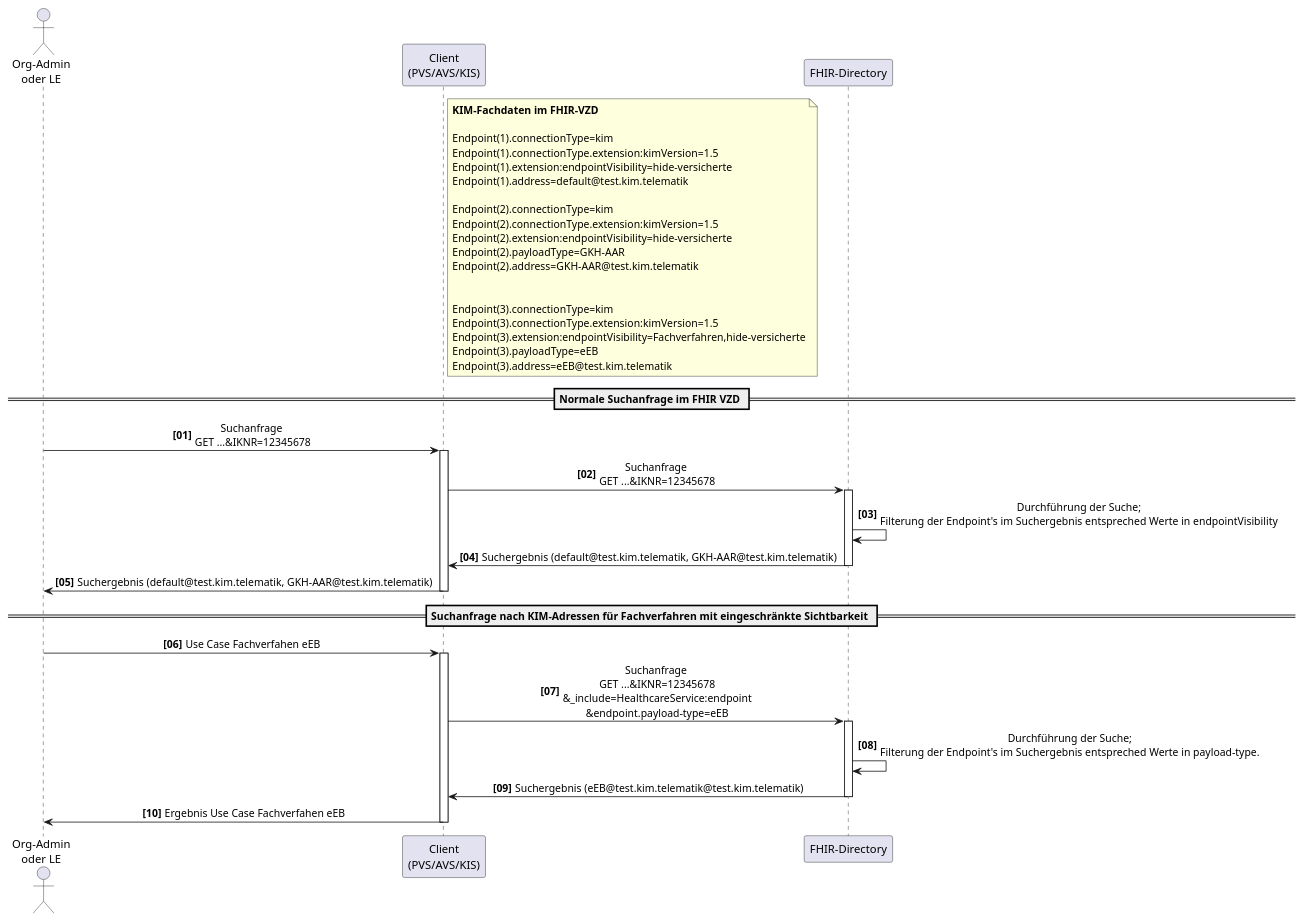
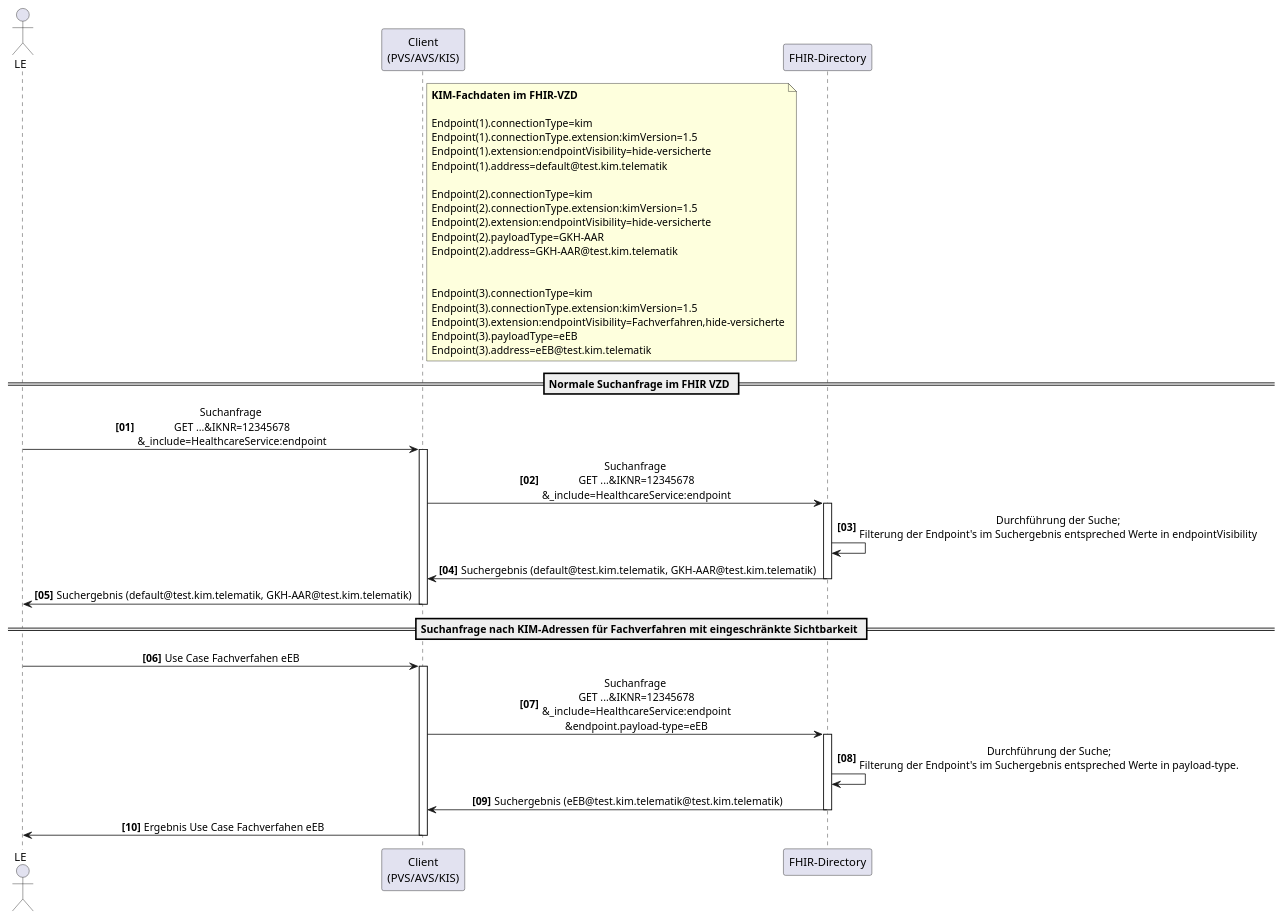
Before and after one commit to gematik/api-vzd: the diagram in src/plantuml/SequenceDiagram.FHIR_AF_10472_appTagSuche.puml, drawn with PlantUML.

```diff
--- a/src/plantuml/SequenceDiagram.FHIR_AF_10472_appTagSuche.puml
+++ b/src/plantuml/SequenceDiagram.FHIR_AF_10472_appTagSuche.puml
@@ -1,59 +1,59 @@
 @startuml
 skinparam dpi 100
 skinparam WrapWidth 200
 skinparam sequenceMessageAlign center
 autonumber "<b>[00]"
 
 'title "FHIR-Directory, Sequenzdiagram SSP Authenticate mit Passwort"
-actor o as "Org-Admin\noder LE"
+actor o as "LE"
 participant cl as "Client\n(PVS/AVS/KIS)"
 participant fd as "FHIR-Directory"
 
 note right of cl
 **KIM-Fachdaten im FHIR-VZD**
 
 Endpoint(1).connectionType=kim
 Endpoint(1).connectionType.extension:kimVersion=1.5
 Endpoint(1).extension:endpointVisibility=hide-versicherte
 Endpoint(1).address=default@test.kim.telematik
 
 Endpoint(2).connectionType=kim
 Endpoint(2).connectionType.extension:kimVersion=1.5
 Endpoint(2).extension:endpointVisibility=hide-versicherte
 Endpoint(2).payloadType=GKH-AAR
 Endpoint(2).address=GKH-AAR@test.kim.telematik
 
 
 Endpoint(3).connectionType=kim
 Endpoint(3).connectionType.extension:kimVersion=1.5
 Endpoint(3).extension:endpointVisibility=Fachverfahren,hide-versicherte
 Endpoint(3).payloadType=eEB
 Endpoint(3).address=eEB@test.kim.telematik
 end note
 
 == Normale Suchanfrage im FHIR VZD ==
 
-o -> cl: Suchanfrage \nGET ...&IKNR=12345678
+o -> cl: Suchanfrage \nGET ...&IKNR=12345678\n&_include=HealthcareService:endpoint
 activate cl
-cl -> fd: Suchanfrage \nGET ...&IKNR=12345678
+cl -> fd: Suchanfrage \nGET ...&IKNR=12345678\n&_include=HealthcareService:endpoint
 activate fd
 fd -> fd: Durchführung der Suche;\nFilterung der Endpoint's im Suchergebnis entspreched Werte in endpointVisibility
 fd -> cl: Suchergebnis (default@test.kim.telematik, GKH-AAR@test.kim.telematik)
 deactivate fd
 cl -> o: Suchergebnis (default@test.kim.telematik, GKH-AAR@test.kim.telematik)
 deactivate cl
 
 
 == Suchanfrage nach KIM-Adressen für Fachverfahren mit eingeschränkte Sichtbarkeit ==
 
 o -> cl: Use Case Fachverfahen eEB
 activate cl
 cl -> fd: Suchanfrage \nGET ...&IKNR=12345678\n&_include=HealthcareService:endpoint\n&endpoint.payload-type=eEB
 activate fd
 fd -> fd: Durchführung der Suche;\nFilterung der Endpoint's im Suchergebnis entspreched Werte in payload-type. 
 fd -> cl: Suchergebnis (eEB@test.kim.telematik@test.kim.telematik)
 deactivate fd
 cl -> o: Ergebnis Use Case Fachverfahen eEB
 deactivate cl
 
 @enduml
```
